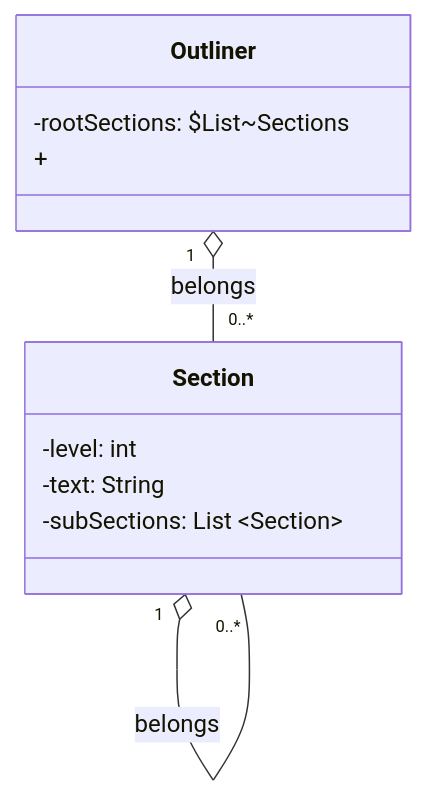
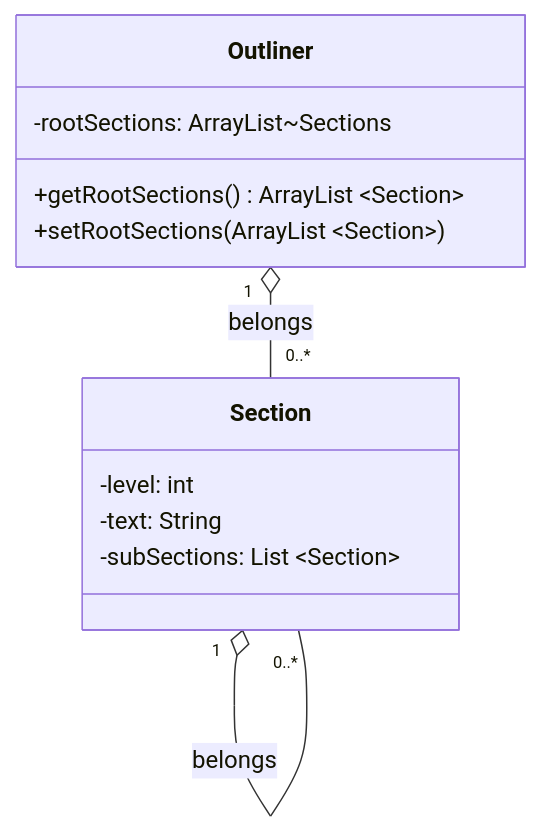
The diagram in docs/UMLTemplate.md (itsjihunpark/Microsoft-Word-Outliner-Clone), drawn with Mermaid before and after one commit.

````diff
--- a/docs/UMLTemplate.md
+++ b/docs/UMLTemplate.md
@@ -24,15 +24,16 @@
 ```mermaid
 classDiagram
     Outliner "1" o-- "0..*" Section : belongs
     Section "1" o-- "0..*" Section : belongs 
     class Outliner{
-      -rootSections: $List~Sections
-      +
+      -rootSections: ArrayList~Sections 
+      +getRootSections() ArrayList ~Section~
+      +setRootSections(ArrayList ~Section~) 
     }
     class Section{
       -level: int
       -text: String
       -subSections: List ~Section~
     }
 
 ```
````
